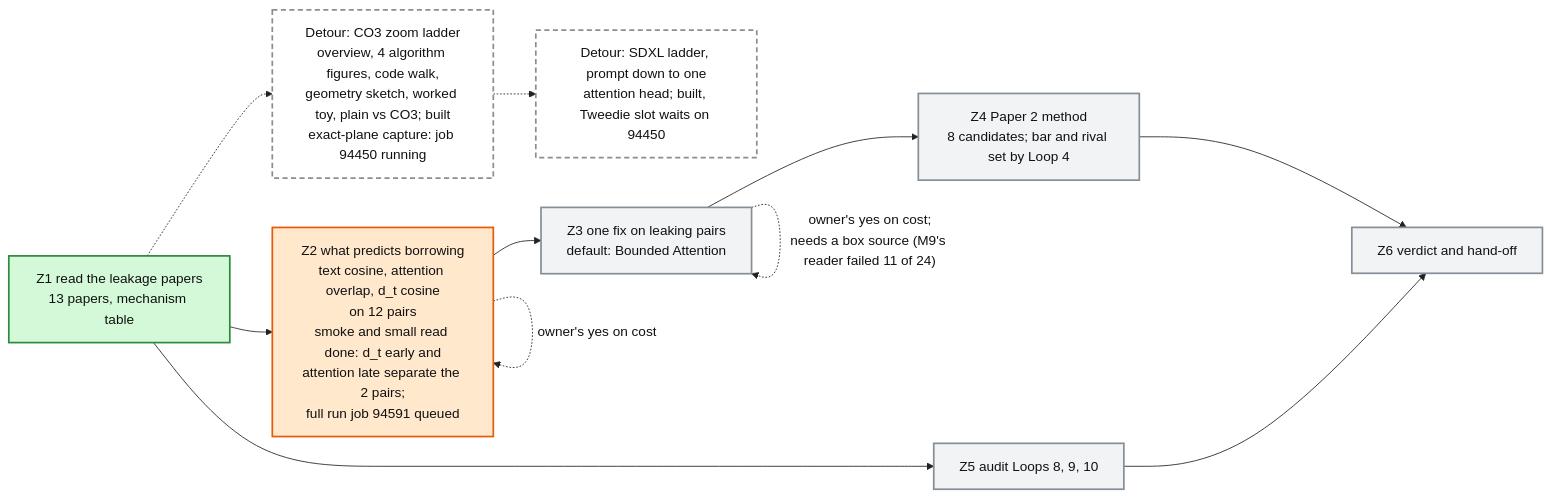
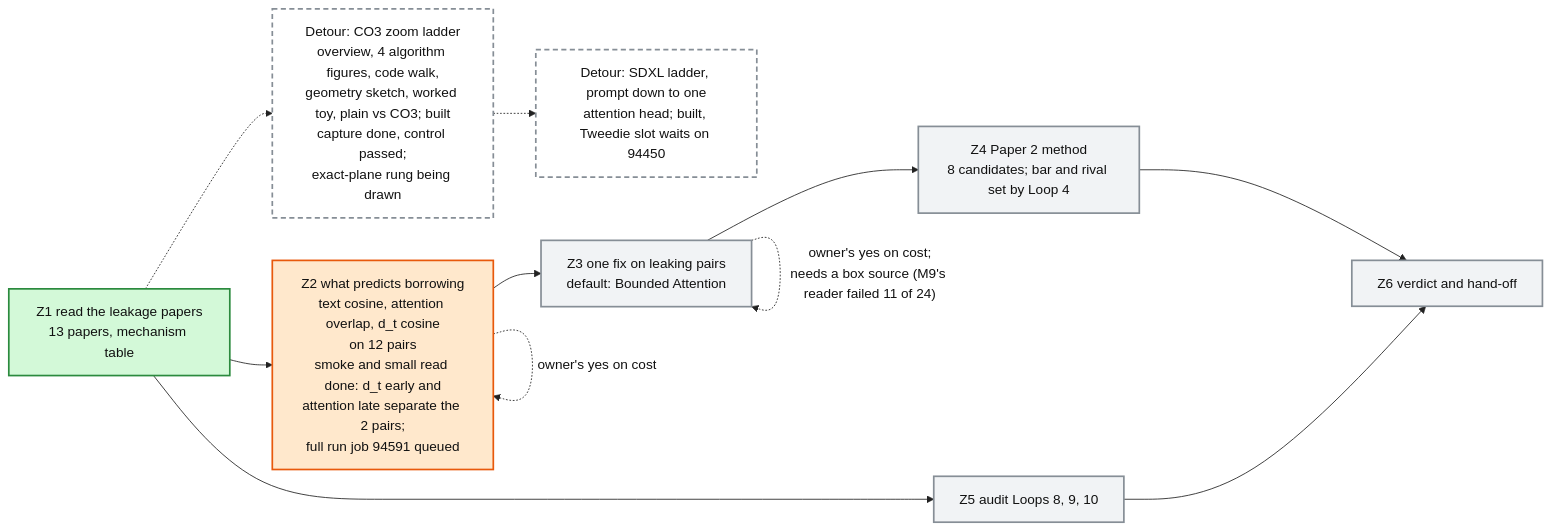
One commit to mo-rsa24/concept-composition changed the diagram in artifacts/notes/progress/leakage/loop-12-progress.mmd. Above: the diagram before and after it, drawn with Mermaid. The commit also changed 1 other file, not shown here.

Commit message:
Loop 12 map: CO3 capture done

```diff
--- a/artifacts/notes/progress/leakage/loop-12-progress.mmd
+++ b/artifacts/notes/progress/leakage/loop-12-progress.mmd
@@ -1,20 +1,20 @@
 %%{init: {'theme': 'base', 'themeVariables': {'fontFamily': 'monospace', 'primaryColor': '#ffffff', 'primaryBorderColor': '#222222', 'primaryTextColor': '#111111', 'lineColor': '#222222'}}}%%
 flowchart LR
   Z1["Z1 read the leakage papers<br/>13 papers, mechanism table"]:::done
   Z2["Z2 what predicts borrowing<br/>text cosine, attention overlap, d_t cosine<br/>on 12 pairs<br/>smoke and small read done: d_t early and<br/>attention late separate the 2 pairs;<br/>full run job 94591 queued"]:::doing
   Z3["Z3 one fix on leaking pairs<br/>default: Bounded Attention"]:::todo
   Z4["Z4 Paper 2 method<br/>8 candidates; bar and rival set by Loop 4"]:::todo
   Z5["Z5 audit Loops 8, 9, 10"]:::todo
   Z6["Z6 verdict and hand-off"]:::todo
-  LAD["Detour: CO3 zoom ladder<br/>overview, 4 algorithm figures, code walk,<br/>geometry sketch, worked toy, plain vs CO3; built<br/>exact-plane capture: job 94450 running"]:::detour
+  LAD["Detour: CO3 zoom ladder<br/>overview, 4 algorithm figures, code walk,<br/>geometry sketch, worked toy, plain vs CO3; built<br/>capture done, control passed;<br/>exact-plane rung being drawn"]:::detour
   Z1 -.-> LAD
   SDX["Detour: SDXL ladder, prompt down to one<br/>attention head; built, Tweedie slot waits on 94450"]:::detour
   LAD -.-> SDX
   Z1 --> Z2 --> Z3 --> Z4 --> Z6
   Z1 --> Z5 --> Z6
   Z2 -. "owner's yes on cost" .-> Z2
   Z3 -. "owner's yes on cost;<br/>needs a box source (M9's reader failed 11 of 24)" .-> Z3
   classDef done fill:#d3f9d8,stroke:#2b8a3e,stroke-width:2px
   classDef doing fill:#ffe8cc,stroke:#e8590c,stroke-width:2px
   classDef detour fill:#ffffff,stroke:#868e96,stroke-width:2px,stroke-dasharray: 6 4
   classDef todo fill:#f1f3f5,stroke:#868e96,stroke-width:2px
```
